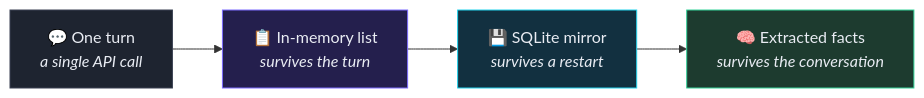
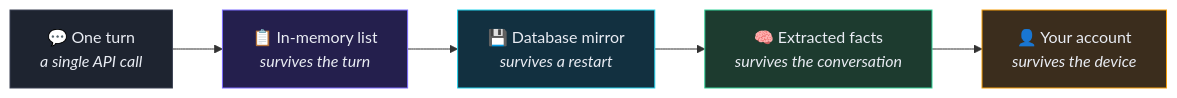
The first of 2 diagrams in README.md (HassanKhalid8/mnemo-bot), drawn with Mermaid before and after one commit. The commit also changed other lines of this file and 11 other files, not shown here.

````diff
--- a/README.md
+++ b/README.md
@@ -31,11 +32,13 @@
 ```mermaid
 graph LR
     A["💬 One turn<br/><i>a single API call</i>"] --> B["📋 In-memory list<br/><i>survives the turn</i>"]
-    B --> C["💾 SQLite mirror<br/><i>survives a restart</i>"]
+    B --> C["💾 Database mirror<br/><i>survives a restart</i>"]
     C --> D["🧠 Extracted facts<br/><i>survives the conversation</i>"]
+    D --> E["👤 Your account<br/><i>survives the device</i>"]
 
     style A fill:#1e2430,stroke:#3a4152,color:#e9ecf3
     style B fill:#241f4d,stroke:#7c6cff,color:#e9ecf3
     style C fill:#123040,stroke:#22d3ee,color:#e9ecf3
     style D fill:#1d3b2f,stroke:#34d399,color:#e9ecf3
+    style E fill:#3b2d1d,stroke:#f59e0b,color:#e9ecf3
 ```
````
